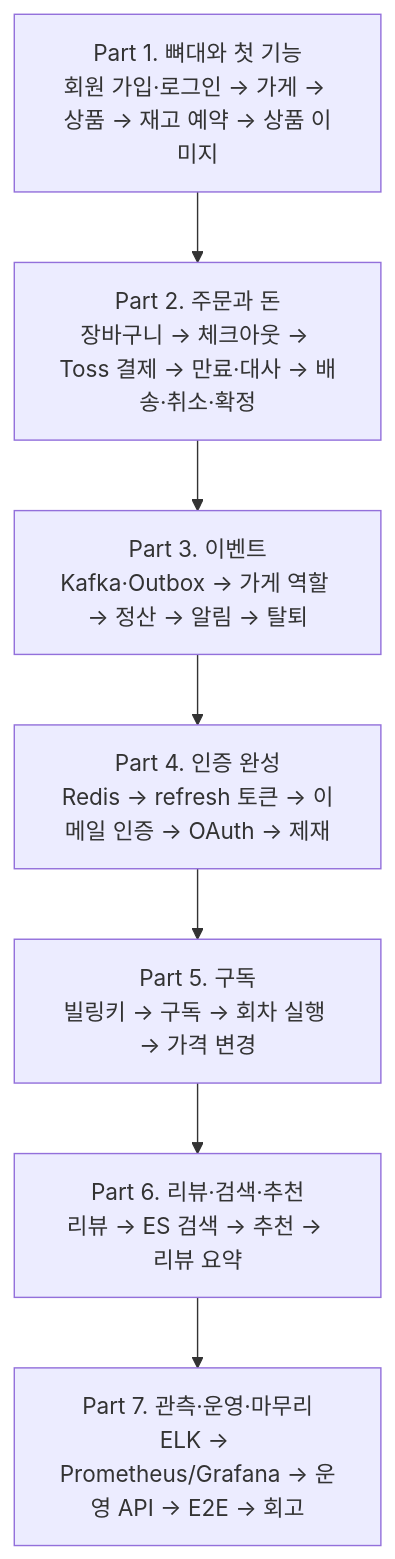
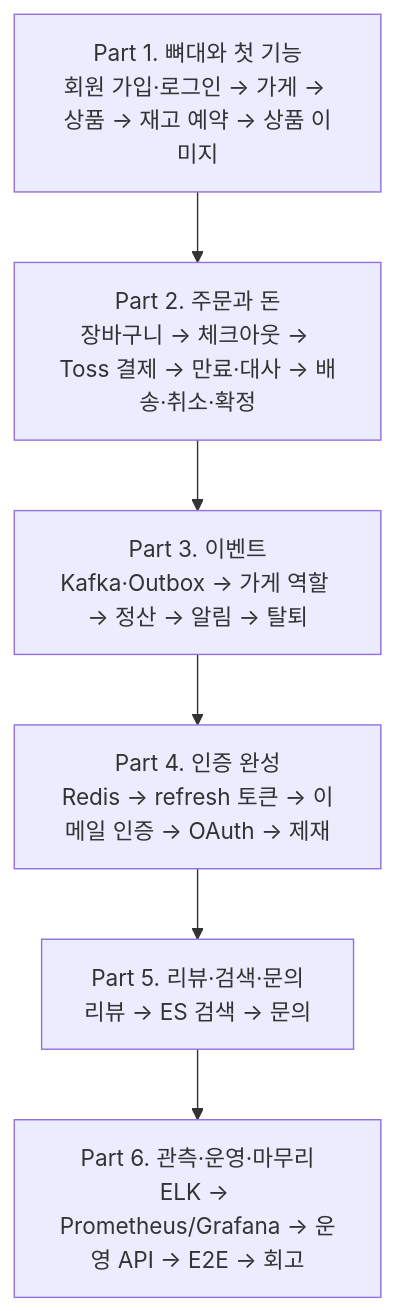
Before and after one commit to 95twan/myroutine-v2: the diagram in docs/03-roadmap/README.md, drawn with Mermaid. The commit also changed other lines of this file and 27 other files, not shown here.

First line of the commit message:
docs(roadmap): 구독·추천·리뷰 요약을 서브로 분리하고 Part 번호 정리 (#58)

````diff
--- a/docs/03-roadmap/README.md
+++ b/docs/03-roadmap/README.md
@@ -31,11 +31,10 @@
 ```mermaid
 flowchart TB
   P1["Part 1. 뼈대와 첫 기능<br/>회원 가입·로그인 → 가게 → 상품 → 재고 예약 → 상품 이미지"]
   P2["Part 2. 주문과 돈<br/>장바구니 → 체크아웃 → Toss 결제 → 만료·대사 → 배송·취소·확정"]
   P3["Part 3. 이벤트<br/>Kafka·Outbox → 가게 역할 → 정산 → 알림 → 탈퇴"]
   P4["Part 4. 인증 완성<br/>Redis → refresh 토큰 → 이메일 인증 → OAuth → 제재"]
-  P5["Part 5. 구독<br/>빌링키 → 구독 → 회차 실행 → 가격 변경"]
-  P6["Part 6. 리뷰·검색·추천<br/>리뷰 → ES 검색 → 추천 → 리뷰 요약"]
-  P7["Part 7. 관측·운영·마무리<br/>ELK → Prometheus/Grafana → 운영 API → E2E → 회고"]
-  P1 --> P2 --> P3 --> P4 --> P5 --> P6 --> P7
+  P5["Part 5. 리뷰·검색·문의<br/>리뷰 → ES 검색 → 문의"]
+  P6["Part 6. 관측·운영·마무리<br/>ELK → Prometheus/Grafana → 운영 API → E2E → 회고"]
+  P1 --> P2 --> P3 --> P4 --> P5 --> P6
 ```
````
